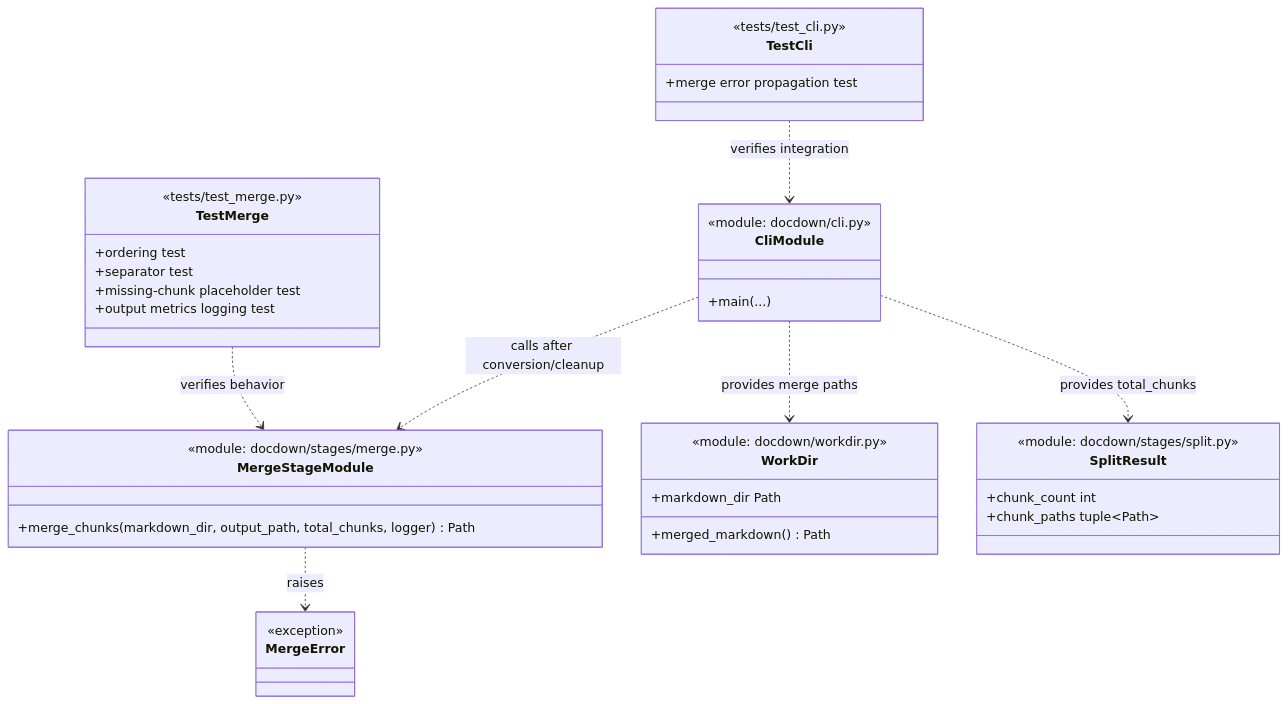
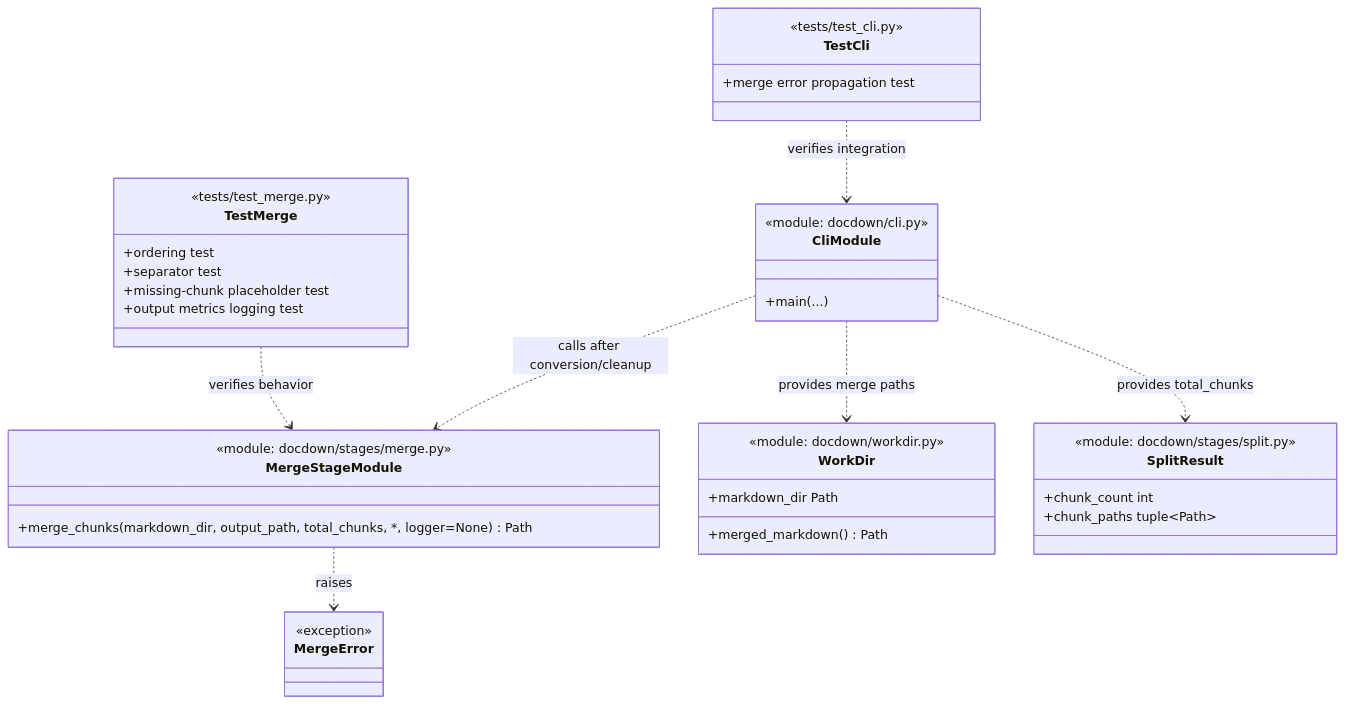
Before and after one commit to Frank-Yong/DocDown: the diagram in docs/plan/task-6.1-chunk-merging.md, drawn with Mermaid.

Commit message:
Update merge_chunks function signature to accept logger as a keyword-only argument

````diff
--- a/docs/plan/task-6.1-chunk-merging.md
+++ b/docs/plan/task-6.1-chunk-merging.md
@@ -75,48 +75,48 @@
 ```mermaid
 classDiagram
     class MergeError {
         <<exception>>
     }
 
     class MergeStageModule {
         <<module: docdown/stages/merge.py>>
-        +merge_chunks(markdown_dir, output_path, total_chunks, logger) Path
+        +merge_chunks(markdown_dir, output_path, total_chunks, *, logger=None) Path
     }
 
     class CliModule {
         <<module: docdown/cli.py>>
         +main(...)
     }
 
     class WorkDir {
         <<module: docdown/workdir.py>>
         +markdown_dir Path
         +merged_markdown() Path
     }
 
     class SplitResult {
         <<module: docdown/stages/split.py>>
         +chunk_count int
         +chunk_paths tuple~Path~
     }
 
     class TestMerge {
         <<tests/test_merge.py>>
         +ordering test
         +separator test
         +missing-chunk placeholder test
         +output metrics logging test
     }
 
     class TestCli {
         <<tests/test_cli.py>>
         +merge error propagation test
     }
 
     CliModule ..> MergeStageModule : calls after conversion/cleanup
     CliModule ..> SplitResult : provides total_chunks
     CliModule ..> WorkDir : provides merge paths
     MergeStageModule ..> MergeError : raises
     TestMerge ..> MergeStageModule : verifies behavior
     TestCli ..> CliModule : verifies integration
 ```
````
